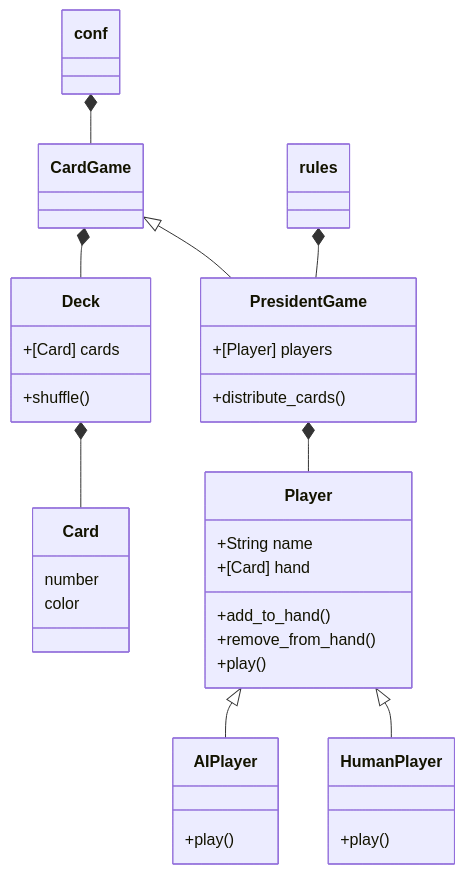
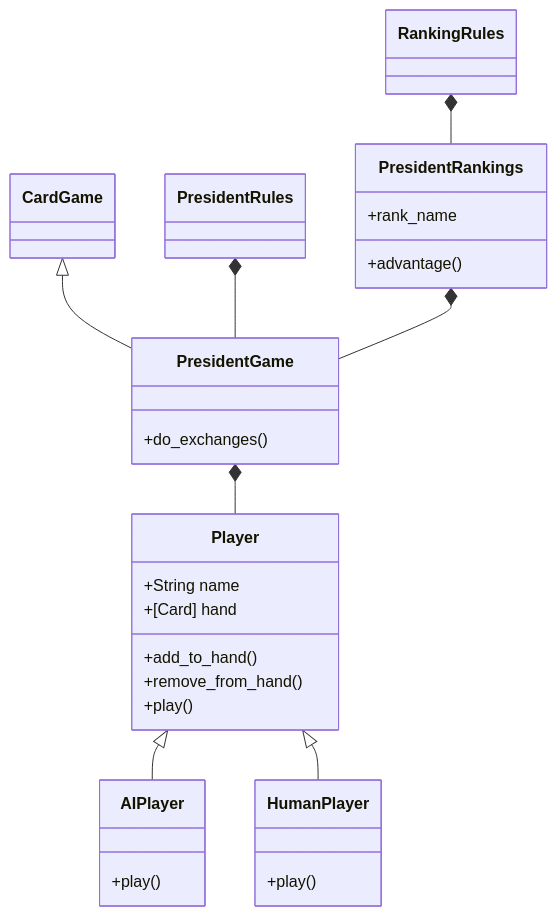
Before and after one commit to Mistayan/President-Game: the third of 5 diagrams in README.md, drawn with Mermaid. The commit also changed other lines of this file and 23 other files, not shown here.

````diff
--- a/README.md
+++ b/README.md
@@ -46,37 +77,33 @@
 ```mermaid
 classDiagram
-    Deck *-- Card
-    conf *-- CardGame
-    CardGame *-- Deck
     CardGame <|-- PresidentGame
-    rules *-- PresidentGame
+    RankingRules *-- PresidentRankings
+    PresidentRules *-- PresidentGame
+    PresidentRankings *-- PresidentGame
     PresidentGame *-- Player
     Player <|-- AIPlayer
     Player <|-- HumanPlayer
+    
+    class CardGame{
+    }
     class PresidentGame{
-        +[Player] players
-        +distribute_cards()
+        +do_exchanges()
     }
     class Player{
         +String name
         +[Card] hand
         +add_to_hand()
         +remove_from_hand()
         +play()
     }
-    class Deck{
-        +[Card] cards
-        +shuffle()
+    class PresidentRankings{
+        +rank_name
+        +advantage()
     }
     class AIPlayer{
         +play()
     }
     class HumanPlayer{
         +play()
     }
-    class Card{
-        number
-        color
-    }
-    
 ```
````
